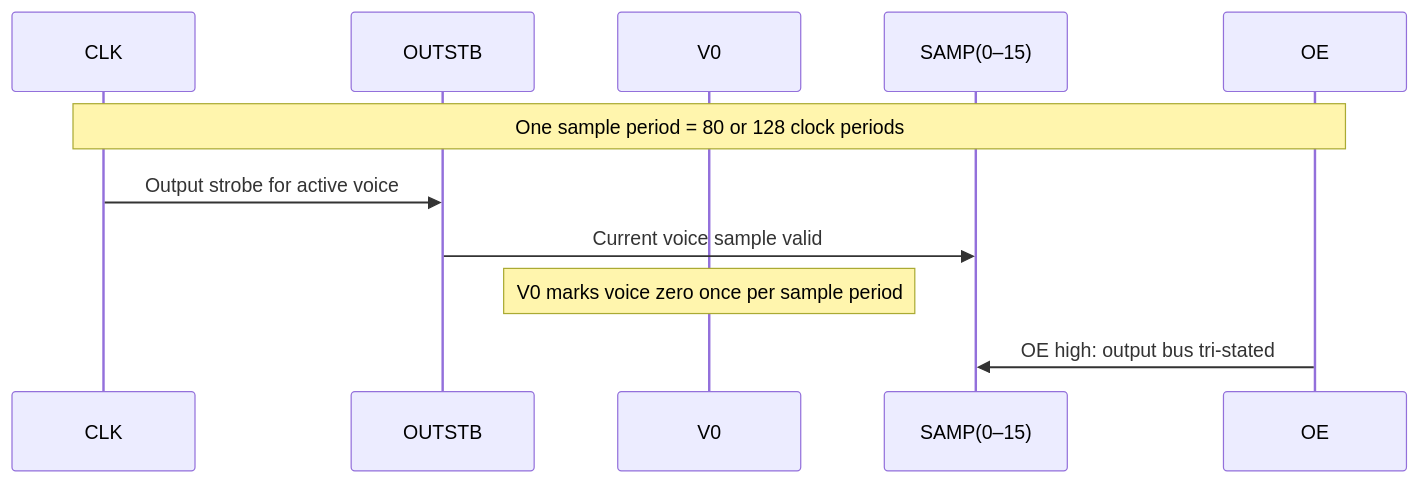
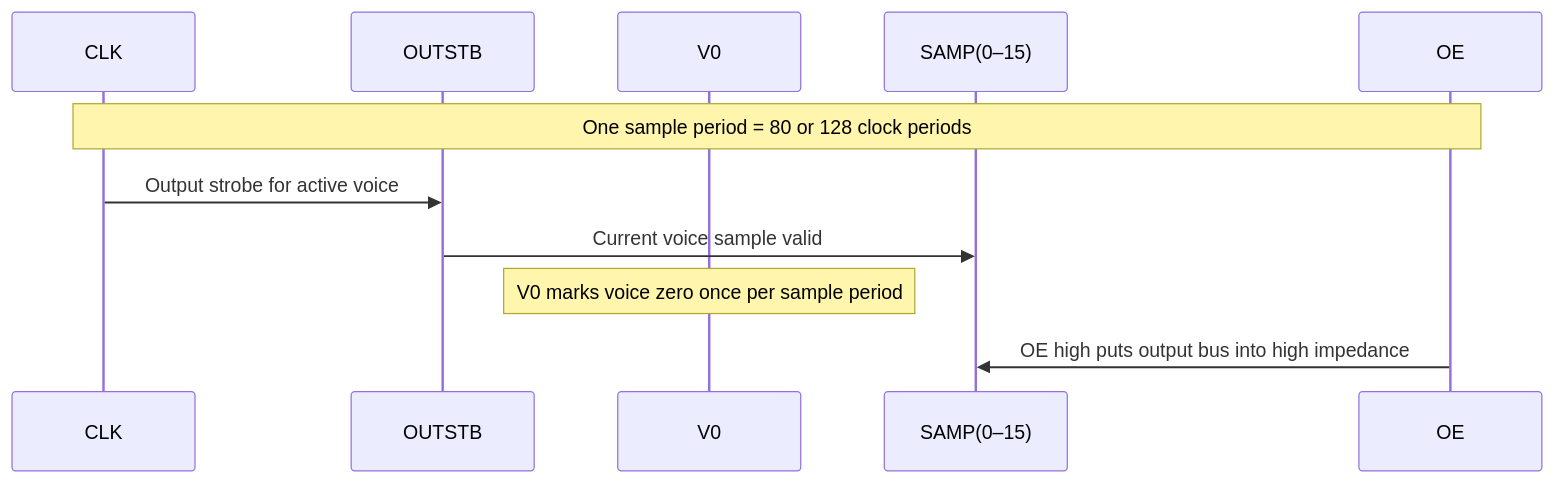
Diagram 17 of 19 in atari_800xl/atari_chips/pokeyv2/AMY/docs/original_as_markdown/ATARI_AMY1_SPEC_REV_B.md (scrameta/atari_xl_fpga), drawn with Mermaid before and after one commit. The commit also changed other lines of this file and 60 other files, not shown here.

````diff
--- a/atari_800xl/atari_chips/pokeyv2/AMY/docs/original_as_markdown/ATARI_AMY1_SPEC_REV_B.md
+++ b/atari_800xl/atari_chips/pokeyv2/AMY/docs/original_as_markdown/ATARI_AMY1_SPEC_REV_B.md
@@ -1389,13 +1392,13 @@
 ```mermaid
 sequenceDiagram
     participant CLK as CLK
     participant O as OUTSTB
     participant V as V0
     participant S as SAMP(0–15)
     participant E as OE
     Note over CLK,E: One sample period = 80 or 128 clock periods
     CLK->>O: Output strobe for active voice
     O->>S: Current voice sample valid
     Note over V: V0 marks voice zero once per sample period
-    E->>S: OE high: output bus tri-stated
+    E->>S: OE high puts output bus into high impedance
 ```
````
